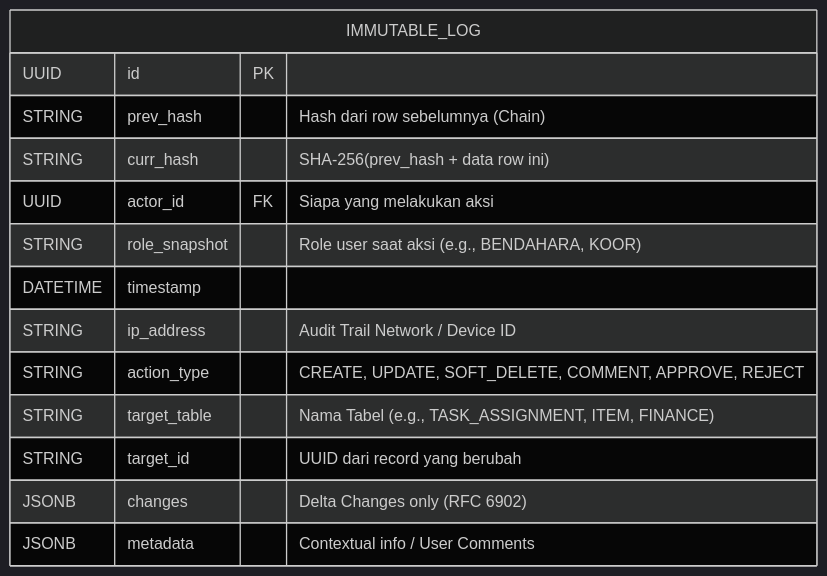
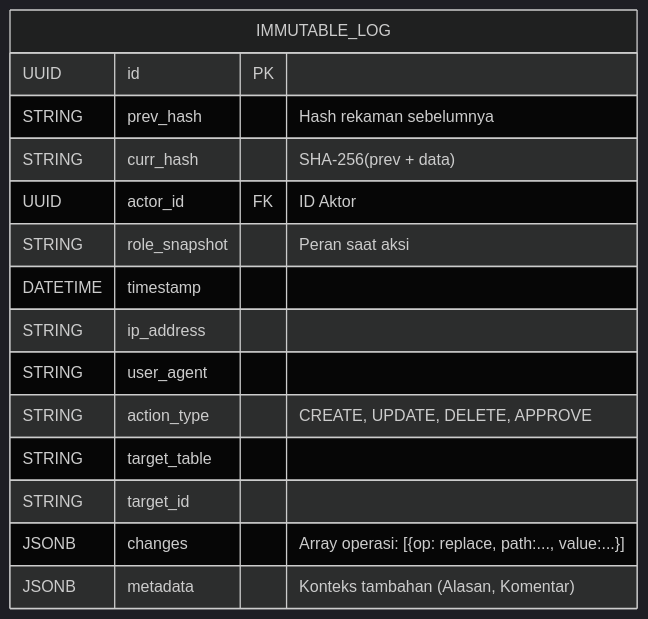
The diagram in docs/erd/immutable_log.md (zuudevs/SAQ-ERP), drawn with Mermaid (dark theme) before and after one commit. The commit also changed 6 other files, not shown here.

Commit message:
feat: Revise documentation for ERP Lab SAQ; update blueprint, ERD, and tech stack decisions

````diff
--- a/docs/erd/immutable_log.md
+++ b/docs/erd/immutable_log.md
@@ -1,41 +1,32 @@
 ```mermaid
 erDiagram
     %% ==========================================
-    %% CENTRALIZED AUDIT LOG
+    %% LOG AUDIT TERPUSAT
     %% ==========================================
     IMMUTABLE_LOG {
         UUID id PK
         
-        %% --- SECURITY: TAMPER EVIDENT ---
-        %% Hash dari row sebelumnya. Jika null, berarti genesis block.
-        STRING prev_hash "Hash dari row sebelumnya (Chain)"
+        %% --- RANTAI KEAMANAN ---
+        STRING prev_hash "Hash rekaman sebelumnya"
+        STRING curr_hash "SHA-256(prev + data)"
         
-        %% SHA-256(prev_hash + actor_id + timestamp + action + changes)
-        STRING curr_hash "SHA-256(prev_hash + data row ini)"
+        %% --- SIAPA & KAPAN ---
+        UUID actor_id FK "ID Aktor"
+        STRING role_snapshot "Peran saat aksi"
+        DATETIME timestamp
+        STRING ip_address
+        STRING user_agent
         
-        %% --- WHO & WHEN ---
-        UUID actor_id FK "Siapa yang melakukan aksi"
-        STRING role_snapshot "Role user saat aksi (e.g., BENDAHARA, KOOR)"
-        DATETIME timestamp
-        STRING ip_address "Audit Trail Network / Device ID"
+        %% --- APA (TARGET) ---
+        STRING action_type "CREATE, UPDATE, DELETE, APPROVE"
+        STRING target_table
+        STRING target_id
         
-        %% --- WHAT (TARGET) ---
-        STRING action_type "CREATE, UPDATE, SOFT_DELETE, COMMENT, APPROVE, REJECT"
-        STRING target_table "Nama Tabel (e.g., TASK_ASSIGNMENT, ITEM, FINANCE)"
-        STRING target_id "UUID dari record yang berubah"
+        %% --- DATA (RFC 6902 JSON PATCH) ---
+        %% Pada Go, diproses menggunakan 'encoding/json'
+        JSONB changes "Array operasi: [{op: replace, path:..., value:...}]"
         
-        %% --- THE DATA (OPTIMIZED) ---
-        %% Ganti 'before/after' snapshot dengan RFC 6902 JSON Patch
-        %% Contoh: [{"op": "replace", "path": "/status", "value": "COMPLETED"}]
-        JSONB changes "Delta Changes only (RFC 6902)"
-        
-        %% --- METADATA (CONTEXT) ---
-        %% Untuk menyimpan hal-hal yang bukan perubahan data tabel,
-        %% seperti isi komentar user, alasan reject, atau user agent browser.
-        %% Contoh: {"comment": "Revisi karena salah harga", "browser": "Chrome 120"}
-        JSONB metadata "Contextual info / User Comments"
+        %% --- METADATA ---
+        JSONB metadata "Konteks tambahan (Alasan, Komentar)"
     }
-
-    %% Referensi Logika (Tidak ada FK fisik ke semua tabel karena generic)
-    %% IMMUTABLE_LOG }o..|| ANY_TABLE : "tracks"
 ```
````
